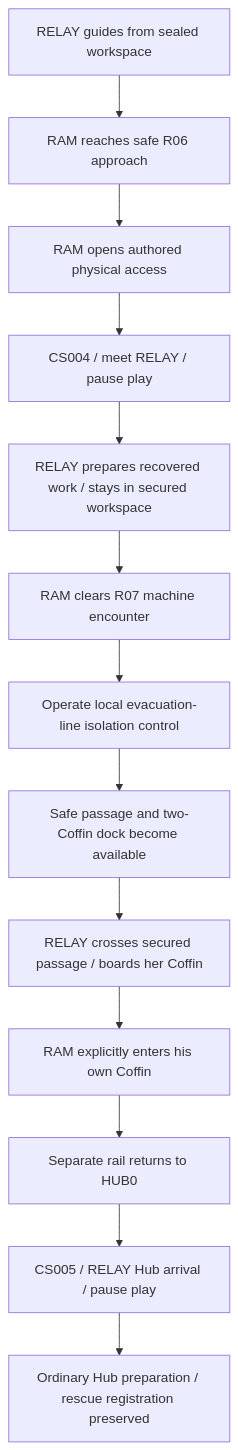
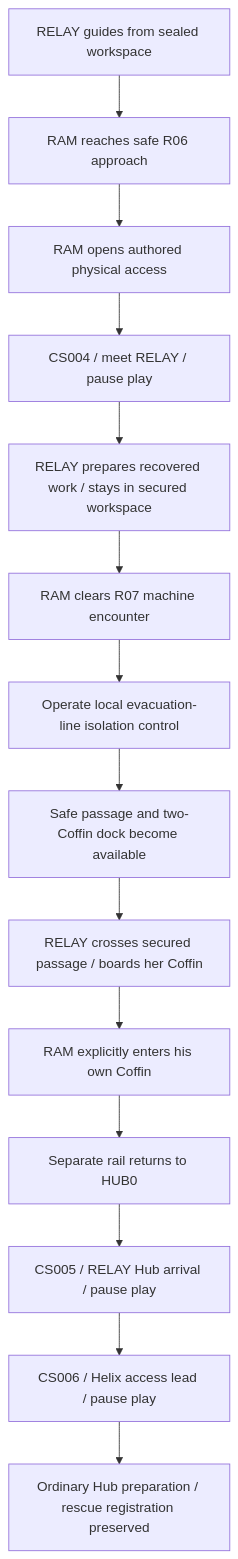
One commit to justgook/imprint-zero changed the second of 2 diagrams in missions/m04.md. Above: the diagram before and after it, drawn with Mermaid. The commit also changed other lines of this file and 29 other files, not shown here.

````diff
--- a/missions/m04.md
+++ b/missions/m04.md
@@ -119,17 +121,19 @@
 ```mermaid
 flowchart TD
     Contact[RELAY guides from sealed workspace] --> Reach[RAM reaches safe R06 approach]
     Reach --> Access[RAM opens authored physical access]
     Access --> Meeting[CS004 / meet RELAY / pause play]
     Meeting --> Prepare[RELAY prepares recovered work / stays in secured workspace]
     Prepare --> Clear[RAM clears R07 machine encounter]
     Clear --> Stop[Operate local evacuation-line isolation control]
     Stop --> Secure[Safe passage and two-Coffin dock become available]
     Secure --> Board[RELAY crosses secured passage / boards her Coffin]
     Board --> Enter[RAM explicitly enters his own Coffin]
     Enter --> Return[Separate rail returns to HUB0]
     Return --> Arrival[CS005 / RELAY Hub arrival / pause play]
-    Arrival --> Hub[Ordinary Hub preparation / rescue registration preserved]
+    Arrival --> Briefing[CS006 / Helix access lead / pause play]
+    Briefing --> Hub[Ordinary Hub preparation / rescue registration preserved]
     click Meeting href "#/cutscenes/cs004"
     click Arrival href "#/cutscenes/cs005"
+    click Briefing href "#/cutscenes/cs006"
 ```
````
